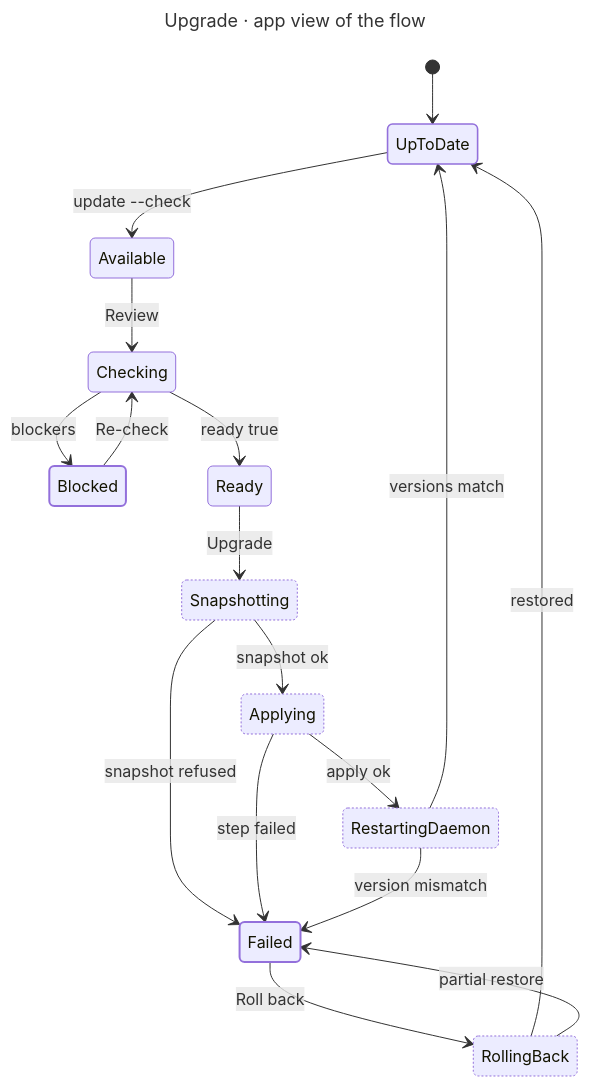
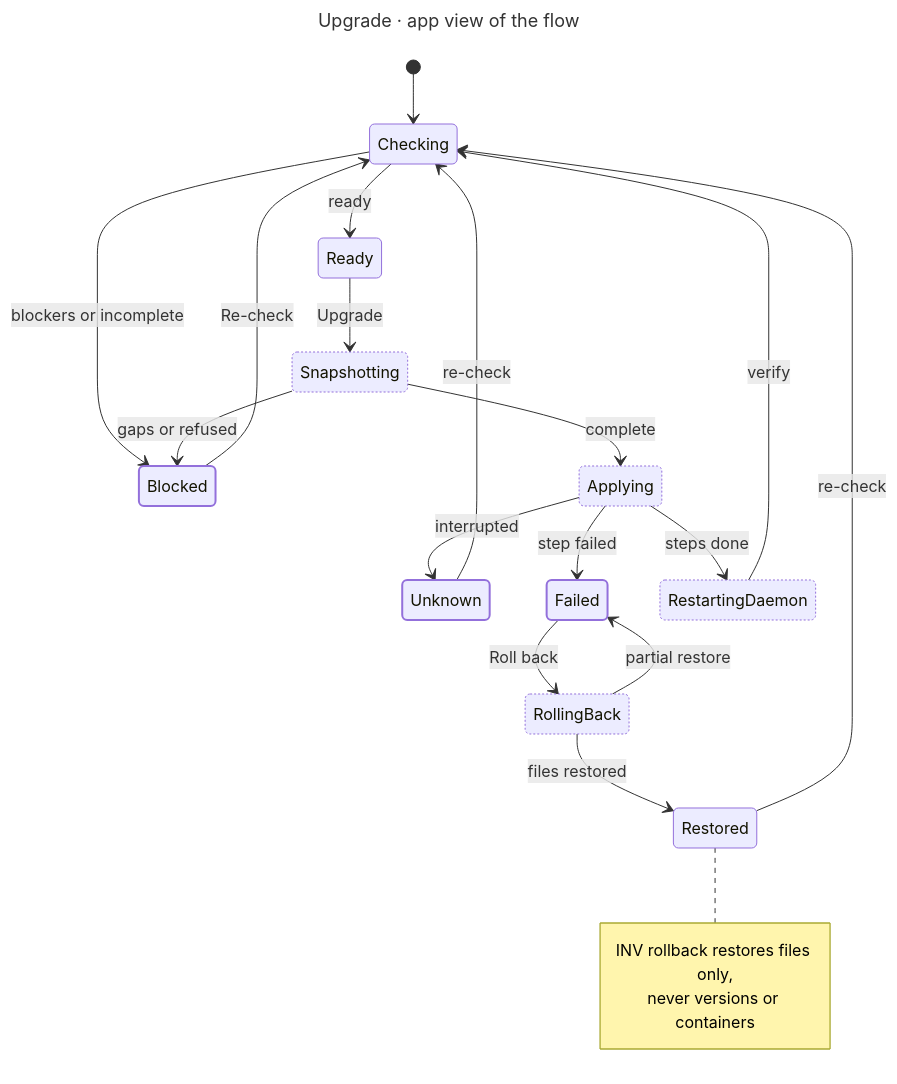
One commit to hack-dance/hack changed the diagram in apps/desktop/diagrams/upgrade.mmd. Above: the diagram before and after it, drawn with Mermaid. The commit also changed 10 other files, not shown here.

Commit message:
docs(desktop): address design review (observe-only reads, native mapping, upgrade and daemon contracts)

```diff
--- a/apps/desktop/diagrams/upgrade.mmd
+++ b/apps/desktop/diagrams/upgrade.mmd
@@ -1,27 +1,29 @@
 ---
 title: Upgrade · app view of the flow
 ---
 stateDiagram-v2
   direction TB
-  [*] --> UpToDate
-  UpToDate --> Available : update --check
-  Available --> Checking : Review
-  Checking --> Blocked : blockers
+  [*] --> Checking
+  Checking --> Blocked : blockers or incomplete
+  Checking --> Ready : ready
   Blocked --> Checking : Re-check
-  Checking --> Ready : ready true
   Ready --> Snapshotting : Upgrade
-  Snapshotting --> Applying : snapshot ok
-  Snapshotting --> Failed : snapshot refused
-  Applying --> RestartingDaemon : apply ok
+  Snapshotting --> Blocked : gaps or refused
+  Snapshotting --> Applying : complete
+  Applying --> Unknown : interrupted
   Applying --> Failed : step failed
-  RestartingDaemon --> UpToDate : versions match
-  RestartingDaemon --> Failed : version mismatch
+  Applying --> RestartingDaemon : steps done
+  RestartingDaemon --> Checking : verify
   Failed --> RollingBack : Roll back
-  RollingBack --> UpToDate : restored
+  RollingBack --> Restored : files restored
   RollingBack --> Failed : partial restore
-  classDef live stroke-width:1.6px
+  Restored --> Checking : re-check
+  Unknown --> Checking : re-check
+  note right of Restored
+    INV rollback restores files only,
+    never versions or containers
+  end note
   classDef wait stroke-dasharray:2 2
   classDef fail stroke-width:2px
   class Snapshotting,Applying,RestartingDaemon,RollingBack wait
-  class Blocked,Failed fail
-  class UpToDate live
+  class Blocked,Failed,Unknown fail
```
